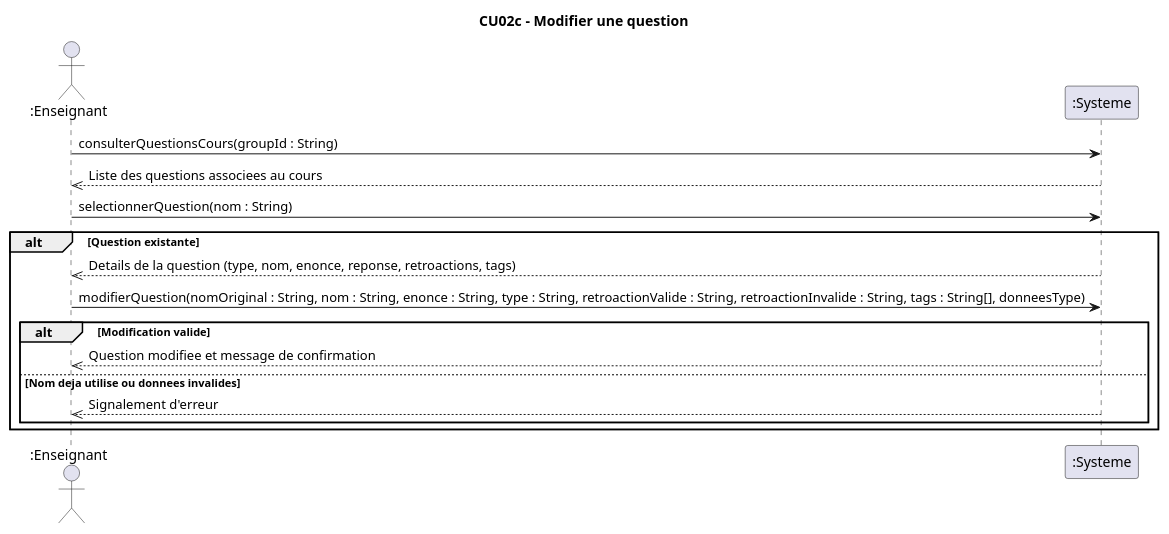
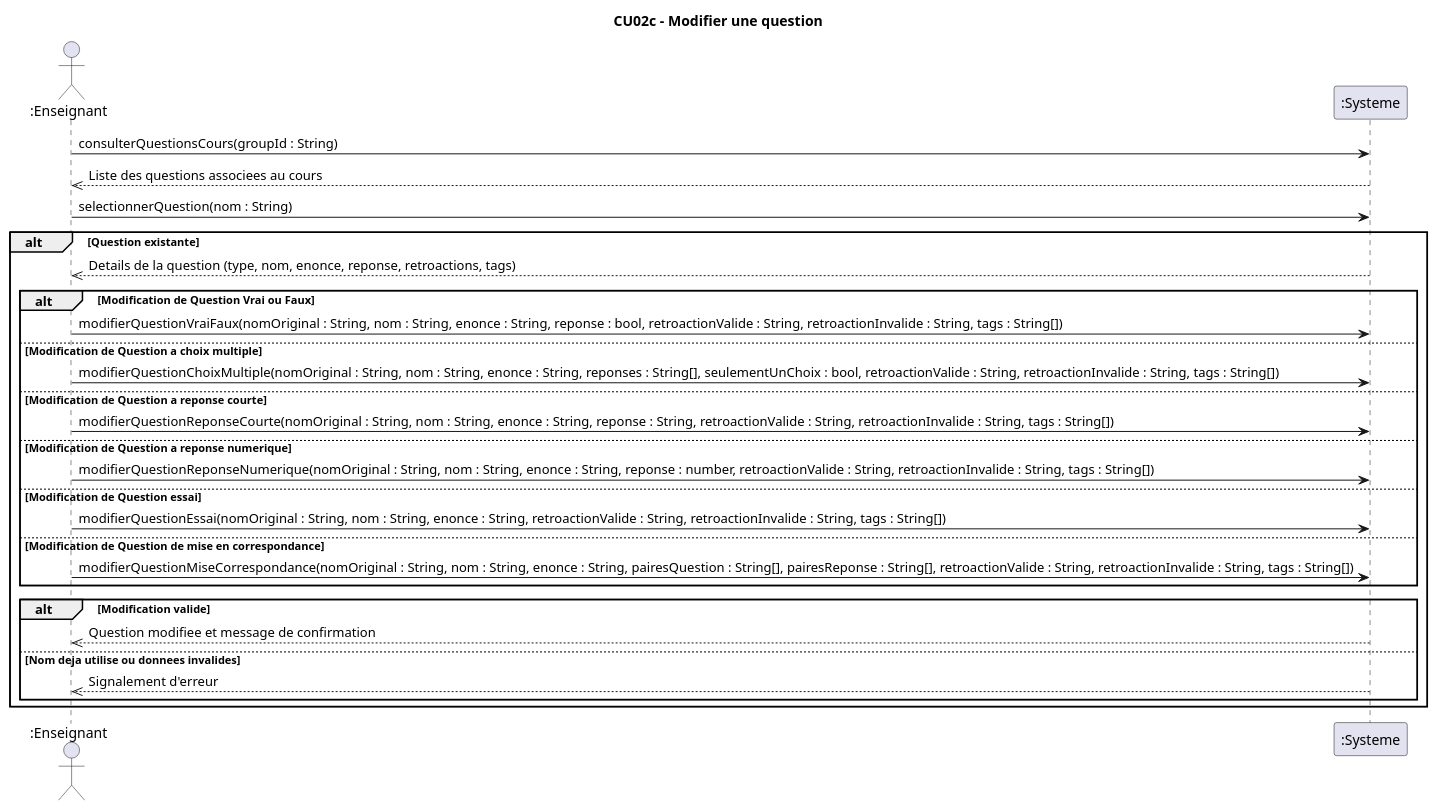
The diagram in docs/modeles/cu02/dss-modifier-question.puml (xMrYahya/moodle-clone), drawn with PlantUML before and after one commit.

Commit message:
Mise à jour du DSS Modifier Question

```diff
--- a/docs/modeles/cu02/dss-modifier-question.puml
+++ b/docs/modeles/cu02/dss-modifier-question.puml
@@ -1,19 +1,32 @@
 @startuml
 title CU02c - Modifier une question
 actor ":Enseignant" as e
 participant ":Systeme" as s
 
 e->s : consulterQuestionsCours(groupId : String)
 s-->>e : Liste des questions associees au cours
 
 e->s : selectionnerQuestion(nom : String)
 alt Question existante
 	s-->>e : Details de la question (type, nom, enonce, reponse, retroactions, tags)
-	e->s : modifierQuestion(nomOriginal : String, nom : String, enonce : String, type : String, retroactionValide : String, retroactionInvalide : String, tags : String[], donneesType)
+	alt Modification de Question Vrai ou Faux
+		e->s : modifierQuestionVraiFaux(nomOriginal : String, nom : String, enonce : String, reponse : bool, retroactionValide : String, retroactionInvalide : String, tags : String[])
+	else Modification de Question a choix multiple
+		e->s : modifierQuestionChoixMultiple(nomOriginal : String, nom : String, enonce : String, reponses : String[], seulementUnChoix : bool, retroactionValide : String, retroactionInvalide : String, tags : String[])
+	else Modification de Question a reponse courte
+		e->s : modifierQuestionReponseCourte(nomOriginal : String, nom : String, enonce : String, reponse : String, retroactionValide : String, retroactionInvalide : String, tags : String[])
+	else Modification de Question a reponse numerique
+		e->s : modifierQuestionReponseNumerique(nomOriginal : String, nom : String, enonce : String, reponse : number, retroactionValide : String, retroactionInvalide : String, tags : String[])
+	else Modification de Question essai
+		e->s : modifierQuestionEssai(nomOriginal : String, nom : String, enonce : String, retroactionValide : String, retroactionInvalide : String, tags : String[])
+	else Modification de Question de mise en correspondance
+		e->s : modifierQuestionMiseCorrespondance(nomOriginal : String, nom : String, enonce : String, pairesQuestion : String[], pairesReponse : String[], retroactionValide : String, retroactionInvalide : String, tags : String[])
+	end alt
+	
 	alt Modification valide
 		s-->>e : Question modifiee et message de confirmation
 	else Nom deja utilise ou donnees invalides
 		s-->>e : Signalement d'erreur
 	end alt
 end alt
 @enduml
```
